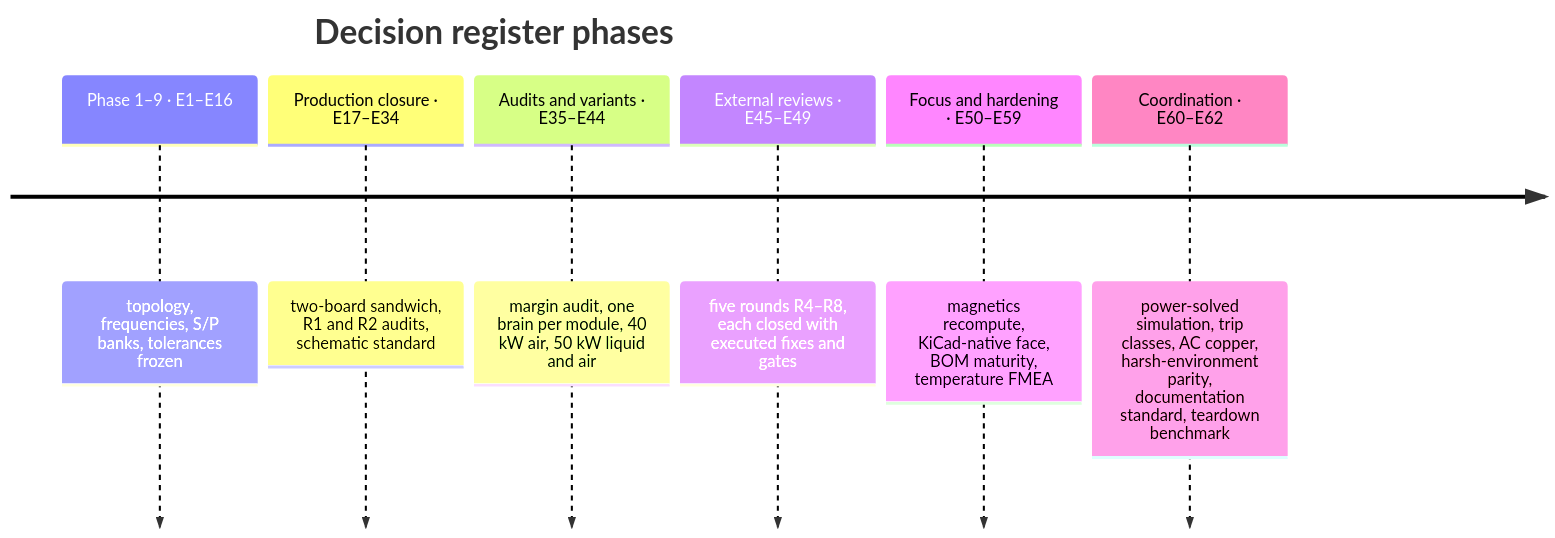
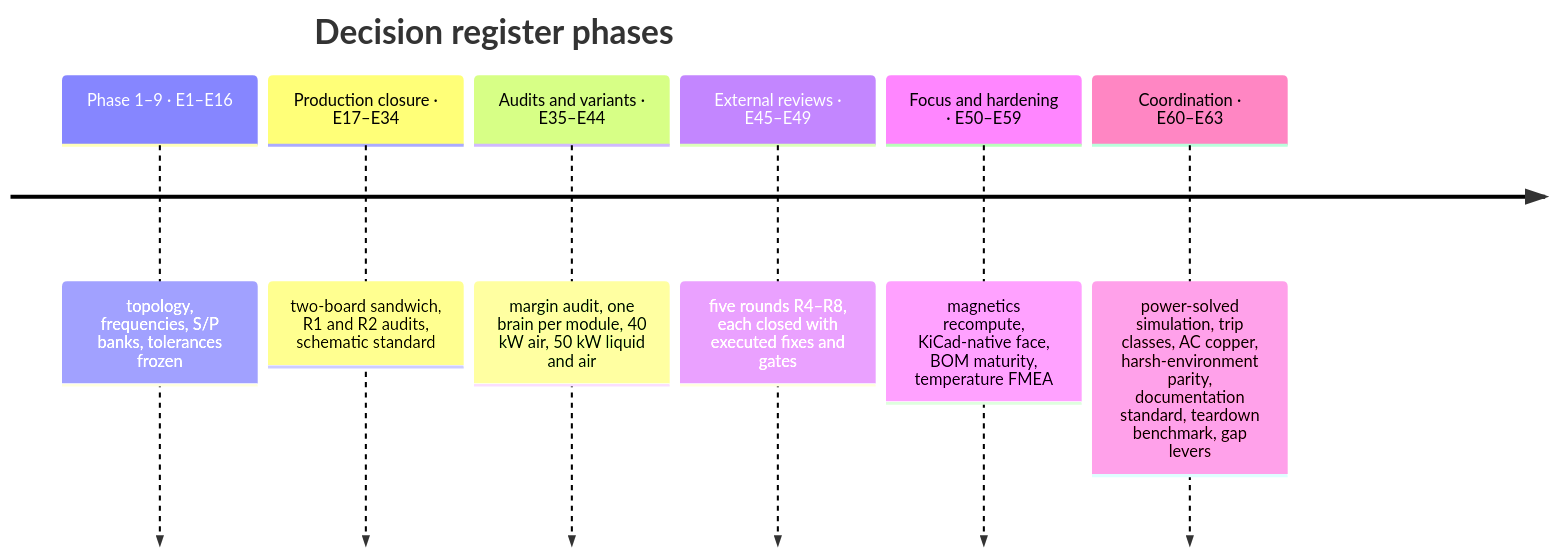
The fourth of 4 diagrams in docs/architecture.md (vectivolt/DC-Modules), drawn with Mermaid before and after one commit. The commit also changed other lines of this file and 8 other files, not shown here.

````diff
--- a/docs/architecture.md
+++ b/docs/architecture.md
@@ -181,10 +181,10 @@
 ```mermaid
 timeline
   title Decision register phases
   Phase 1–9 · E1–E16 : topology, frequencies, S/P banks, tolerances frozen
   Production closure · E17–E34 : two-board sandwich, R1 and R2 audits, schematic standard
   Audits and variants · E35–E44 : margin audit, one brain per module, 40 kW air, 50 kW liquid and air
   External reviews · E45–E49 : five rounds R4–R8, each closed with executed fixes and gates
   Focus and hardening · E50–E59 : magnetics recompute, KiCad-native face, BOM maturity, temperature FMEA
-  Coordination · E60–E62 : power-solved simulation, trip classes, AC copper, harsh-environment parity, documentation standard, teardown benchmark
+  Coordination · E60–E63 : power-solved simulation, trip classes, AC copper, harsh-environment parity, documentation standard, teardown benchmark, gap levers
 ```
````
